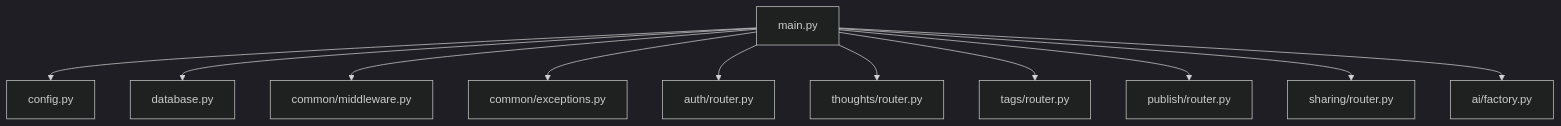
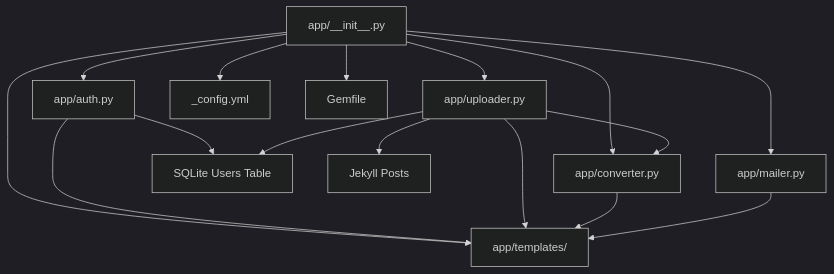
The eighth of 8 diagrams in .qoder/repowiki/en/content/Backend Application/Application Architecture.md (PolarisW007/PolaZhenJing), drawn with Mermaid (dark theme) before and after one commit. The commit also changed other lines of this file and 153 other files, not shown here.

````diff
--- a/.qoder/repowiki/en/content/Backend Application/Application Architecture.md
+++ b/.qoder/repowiki/en/content/Backend Application/Application Architecture.md
@@ -443,24 +342,26 @@
 ```mermaid
 graph TB
-MAIN["main.py"]
-CFG["config.py"]
-DB["database.py"]
-MW["common/middleware.py"]
-EX["common/exceptions.py"]
-AUTH["auth/router.py"]
-THOUGHTS["thoughts/router.py"]
-TAGS["tags/router.py"]
-PUBLISH["publish/router.py"]
-SHARE["sharing/router.py"]
-AI["ai/factory.py"]
-MAIN --> CFG
-MAIN --> DB
-MAIN --> MW
-MAIN --> EX
-MAIN --> AUTH
-MAIN --> THOUGHTS
-MAIN --> TAGS
-MAIN --> PUBLISH
-MAIN --> SHARE
-MAIN --> AI
+APP["app/__init__.py"]
+AUTH["app/auth.py"]
+UP["app/uploader.py"]
+CONV["app/converter.py"]
+MAIL["app/mailer.py"]
+TPL["app/templates/"]
+CFG["_config.yml"]
+GEM["Gemfile"]
+APP --> AUTH
+APP --> UP
+APP --> CONV
+APP --> MAIL
+APP --> TPL
+APP --> CFG
+APP --> GEM
+AUTH --> DB["SQLite Users Table"]
+UP --> DB
+UP --> CONV
+UP --> JEKYLL["Jekyll Posts"]
+AUTH --> TPL
+UP --> TPL
+CONV --> TPL
+MAIL --> TPL
 ```
````
